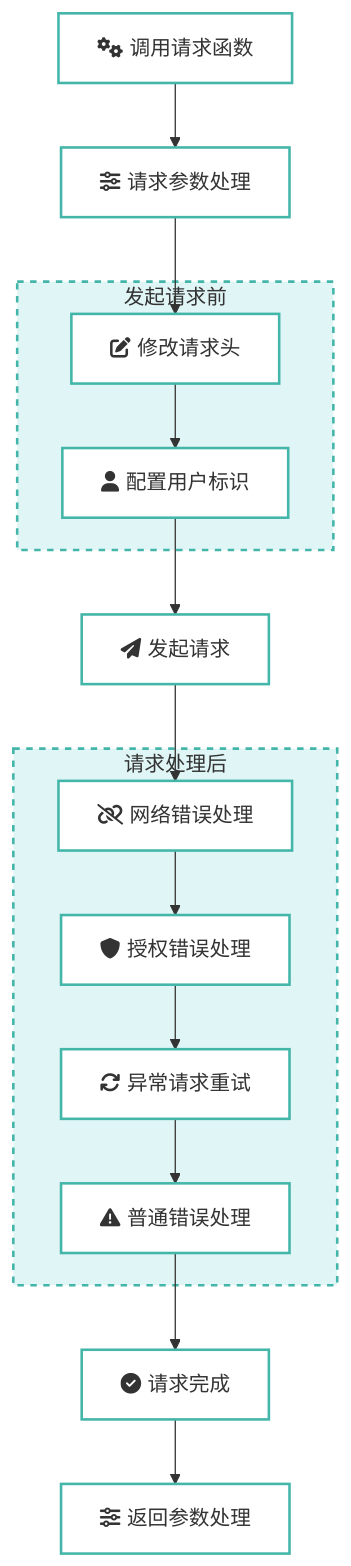
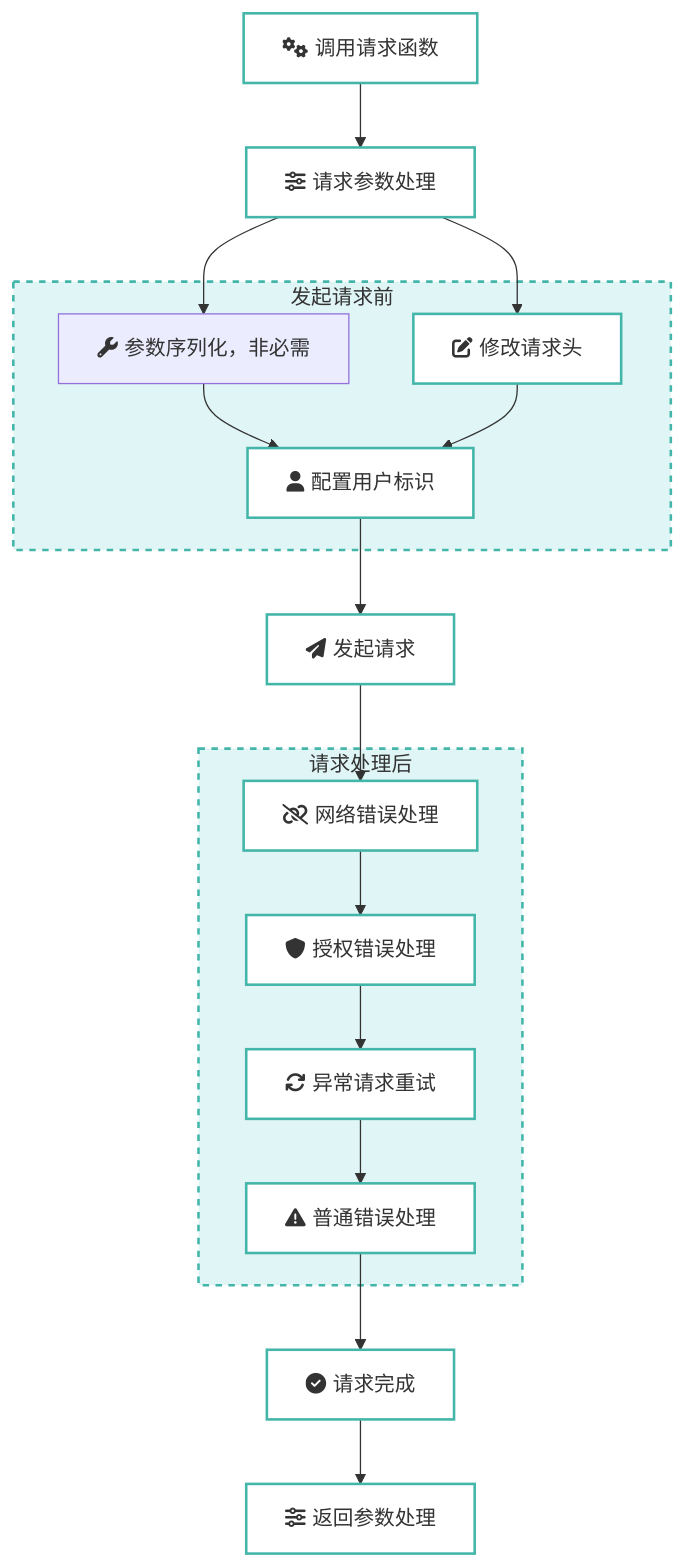
The diagram in README.md (GreatAuk/axios-easy), drawn with Mermaid before and after one commit. The commit also changed other lines of this file, not shown here.

````diff
--- a/README.md
+++ b/README.md
@@ -40,32 +57,35 @@
 ```mermaid
 graph TD
     subgraph 发起请求前
         modify_request_header[<i class='fa fa-edit'></i> 修改请求头]
         configure_user_id[<i class='fa fa-user'></i> 配置用户标识]
+        serialize_params[<i class='fa fa-wrench'></i> 参数序列化，非必需]
     end
 
     subgraph 请求处理后
         handle_network_error[<i class='fa fa-unlink'></i> 网络错误处理]
         handle_authorization_error[<i class='fa fa-shield'></i> 授权错误处理]
         retry_on_exception[<i class='fa fa-refresh'></i> 异常请求重试]
         handle_general_error[<i class='fa fa-exclamation-triangle'></i> 普通错误处理]
     end
 
     call_function[<i class='fa fa-cogs'></i> 调用请求函数] --> handle_params[<i class='fa fa-sliders'></i> 请求参数处理]
     handle_params --> modify_request_header
+    handle_params --> serialize_params
+    serialize_params --> configure_user_id
     configure_user_id --> initiate_request[<i class='fa fa-paper-plane'></i> 发起请求]
     modify_request_header --> configure_user_id
     initiate_request --> handle_network_error
     handle_network_error --> handle_authorization_error
     handle_authorization_error --> retry_on_exception
     retry_on_exception --> handle_general_error
     handle_general_error --> request_completed[<i class='fa fa-check-circle'></i> 请求完成]
     request_completed --> return_params[<i class='fa fa-sliders'></i> 返回参数处理]
 
     classDef normal fill:#fff,stroke:#44b6a9,stroke-width:2px,color:#333
     classDef subprocess fill:#fff,stroke:#44b6a9,stroke-width:2px,color:#333
     classDef box fill:#e0f5f5,stroke:#44b6a9,stroke-width:2px,stroke-dasharray: 5 5
 
     class call_function,handle_params,modify_request_header,configure_user_id,initiate_request,handle_network_error,handle_authorization_error,retry_on_exception,handle_general_error,request_completed,return_params normal
     class 发起请求前,请求处理后 box
 ```
````
